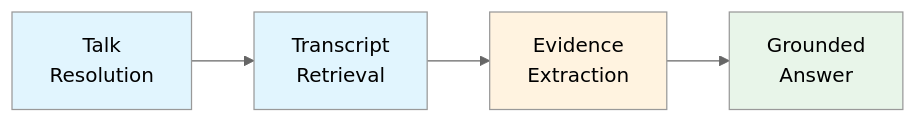
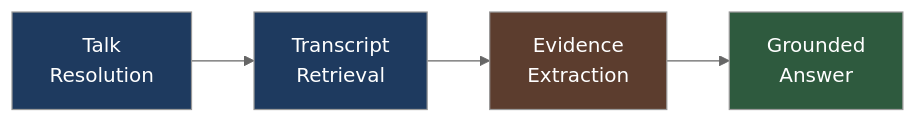
One commit to mihir-rahate/TED_Agent_AI changed the sixth of 6 diagrams in README.md. Above: the diagram before and after it, drawn with Mermaid (neutral theme). The commit also changed other lines of this file, not shown here.

````diff
--- a/README.md
+++ b/README.md
@@ -202,11 +233,11 @@
 ```mermaid
 graph LR
     A[Talk<br/>Resolution] --> B[Transcript<br/>Retrieval]
     B --> C[Evidence<br/>Extraction]
     C --> D[Grounded<br/>Answer]
     
-    style A fill:#e1f5fe
-    style B fill:#e1f5fe
-    style C fill:#fff3e0
-    style D fill:#e8f5e9
+    style A fill:#1e3a5f,color:#fff
+    style B fill:#1e3a5f,color:#fff
+    style C fill:#5c3d2e,color:#fff
+    style D fill:#2e5a3e,color:#fff
 ```
````
